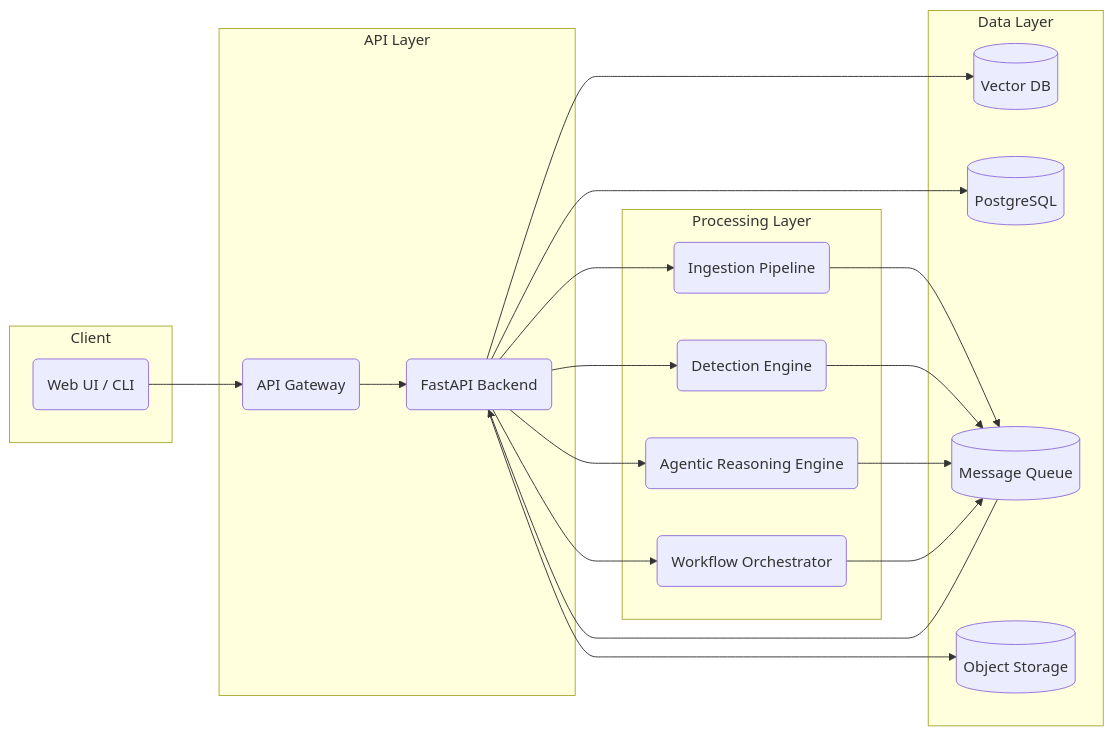
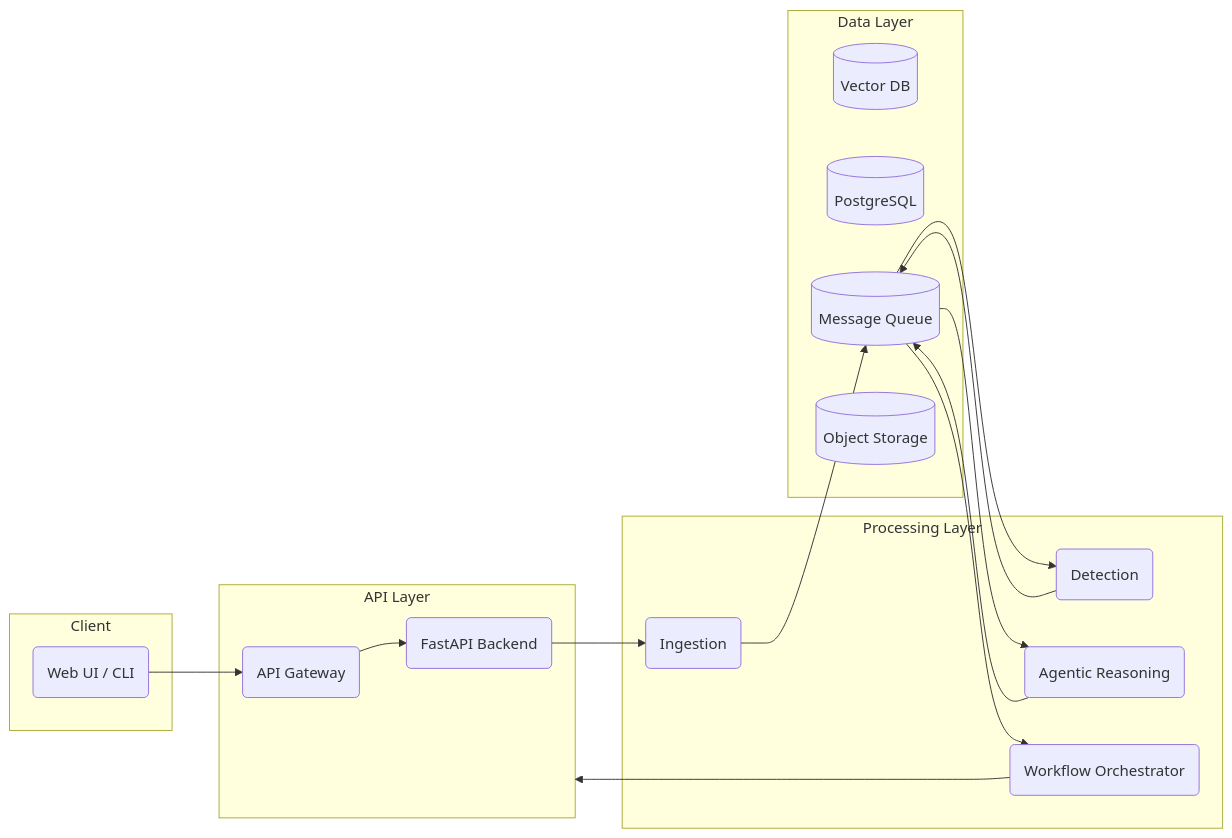
One commit to virinchisai/secure-agentic-cloudops-siem-platform changed the diagram in README.md. Above: the diagram before and after it, drawn with Mermaid. The commit also changed other lines of this file, not shown here.

````diff
--- a/README.md
+++ b/README.md
@@ -157,41 +144,27 @@
 ```mermaid
 flowchart LR
   subgraph Client
     UI(Web UI / CLI)
   end
-
   subgraph API["API Layer"]
     GW(API Gateway)
     BE(FastAPI Backend)
   end
-
   subgraph Data["Data Layer"]
     VDB[(Vector DB)]
     DB[(PostgreSQL)]
     MQ[(Message Queue)]
     OBJ[(Object Storage)]
   end
-
   subgraph Processing["Processing Layer"]
-    ING(Ingestion Pipeline)
-    DET(Detection Engine)
-    AG(Agentic Reasoning Engine)
+    ING(Ingestion)
+    DET(Detection)
+    AG(Agentic Reasoning)
     WF(Workflow Orchestrator)
   end
-
   UI --> GW --> BE
-  BE --> ING
-  BE --> DET
-  BE --> AG
-  BE --> WF
-
-  ING --> MQ
-  DET --> MQ
-  AG --> MQ
-  WF --> MQ
-
-  MQ --> BE
-  BE --> VDB
-  BE --> DB
-  BE --> OBJ
+  BE --> ING --> MQ
+  MQ --> DET --> MQ
+  MQ --> AG --> MQ
+  MQ --> WF --> API
 ```
````
